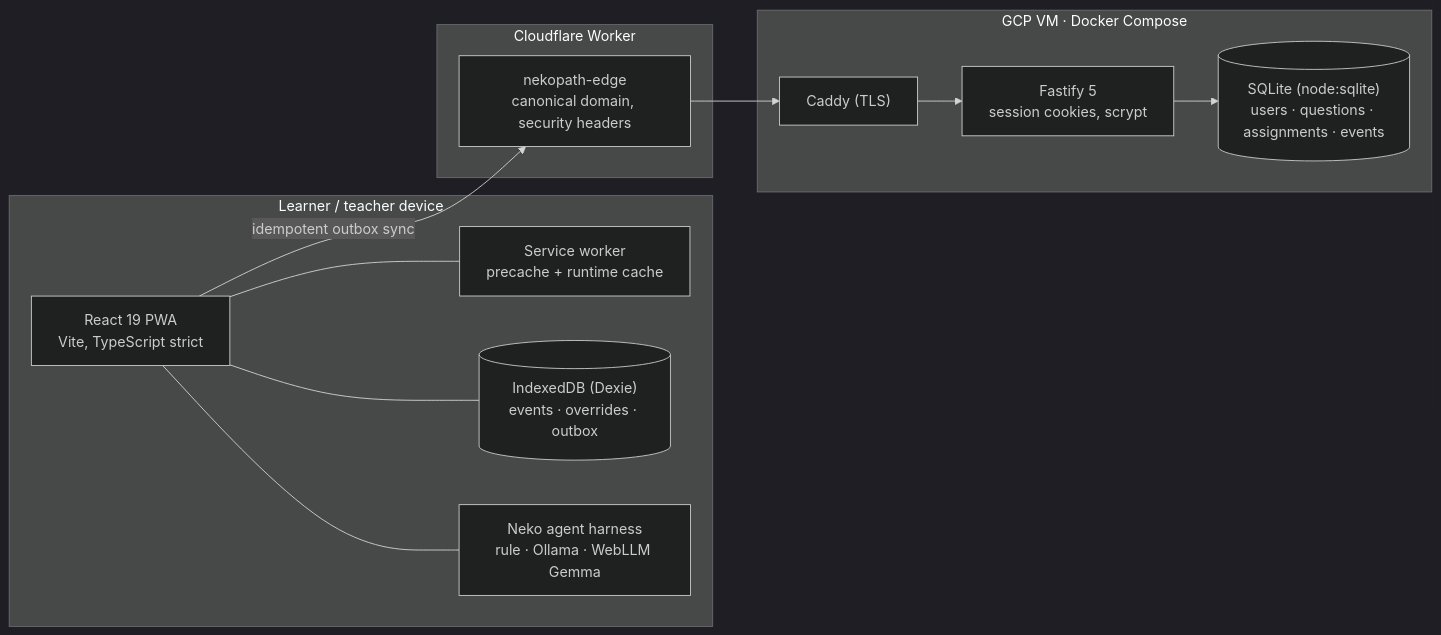
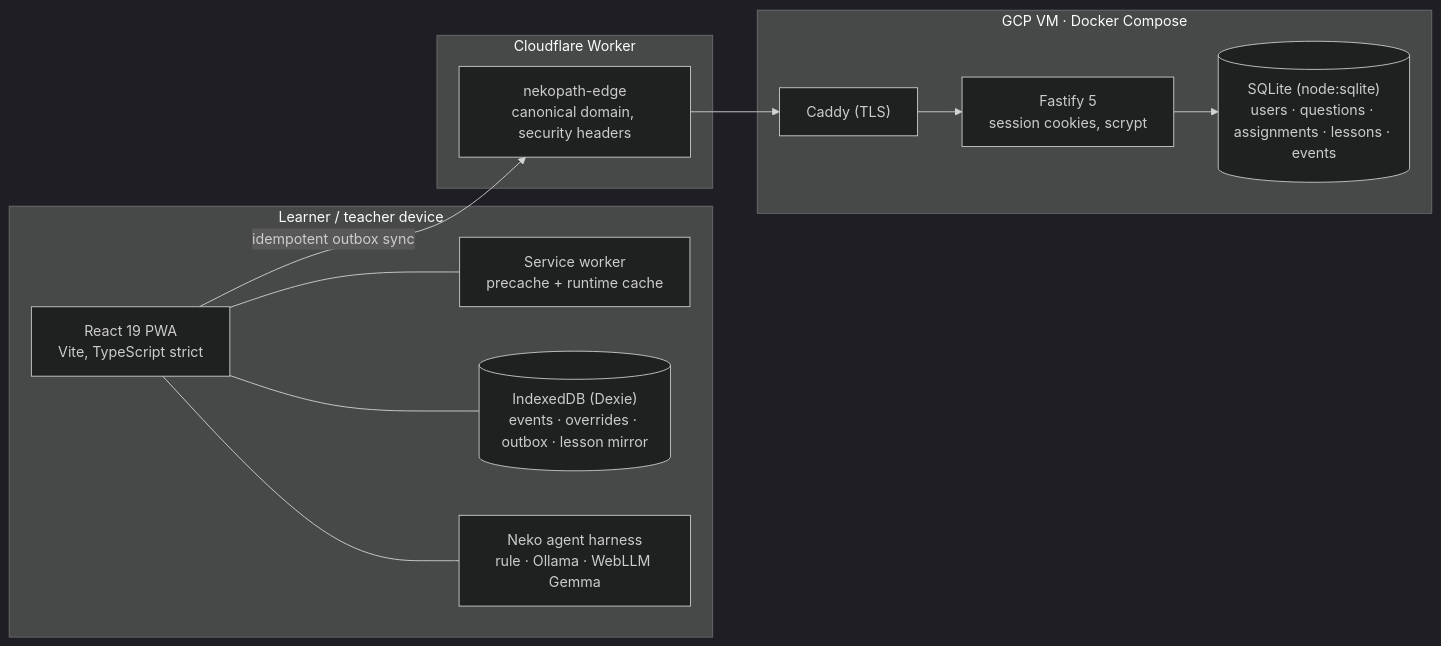
Before and after one commit to meiiie/neko-core-vaic-2026: the diagram in README.md, drawn with Mermaid (dark theme). The commit also changed other lines of this file and 3 other files, not shown here.

````diff
--- a/README.md
+++ b/README.md
@@ -81,25 +86,25 @@
 ```mermaid
 flowchart LR
   subgraph Device["Learner / teacher device"]
     UI["React 19 PWA<br/>Vite, TypeScript strict"]
     SW["Service worker<br/>precache + runtime cache"]
-    IDB[("IndexedDB (Dexie)<br/>events · overrides · outbox")]
+    IDB[("IndexedDB (Dexie)<br/>events · overrides · outbox · lesson mirror")]
     Agent["Neko agent harness<br/>rule · Ollama · WebLLM Gemma"]
     UI --- SW
     UI --- IDB
     UI --- Agent
   end
 
   subgraph Edge["Cloudflare Worker"]
     CF["nekopath-edge<br/>canonical domain, security headers"]
   end
 
   subgraph Origin["GCP VM · Docker Compose"]
     Caddy["Caddy (TLS)"]
     API["Fastify 5<br/>session cookies, scrypt"]
-    DB[("SQLite (node:sqlite)<br/>users · questions · assignments · events")]
+    DB[("SQLite (node:sqlite)<br/>users · questions · assignments · lessons · events")]
     Caddy --> API --> DB
   end
 
   UI -- "idempotent outbox sync" --> CF --> Caddy
 ```
````
